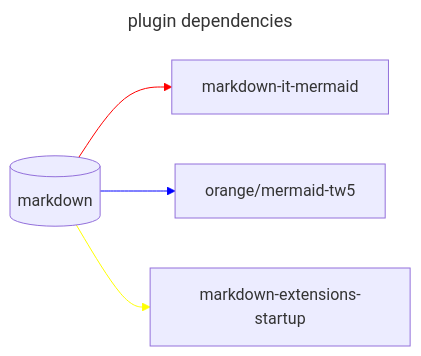
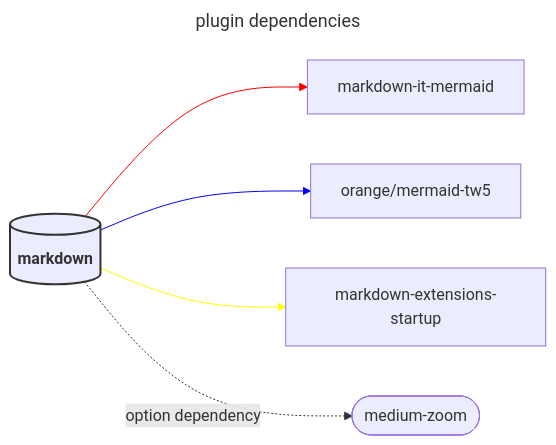
The diagram in plugins/oeyoews/markdown-it-mermaid/readme.md (oeyoews/tiddlywiki-starter-kit), drawn with Mermaid before and after one commit. The commit also changed other lines of this file and 1 other file, not shown here.

````diff
--- a/plugins/oeyoews/markdown-it-mermaid/readme.md
+++ b/plugins/oeyoews/markdown-it-mermaid/readme.md
@@ -10,10 +10,13 @@
-```mermaid forest
+```mermaid
 ---
 title: plugin dependencies
 ---
 graph LR;
-a[(markdown)] --> markdown-it-mermaid & orange/mermaid-tw5 & markdown-extensions-startup
+%% mermaid in tiddlywiki
+a[(<strong>markdown</strong>)] --> markdown-it-mermaid & orange/mermaid-tw5 & markdown-extensions-startup
+a -.->|option dependency| e([medium-zoom])
 		linkStyle 0 stroke:red;
 		linkStyle 1 stroke:blue;
 		linkStyle 2 stroke:yellow;
+		style a stroke-width: 2px,stroke:#333;
 ```
````
